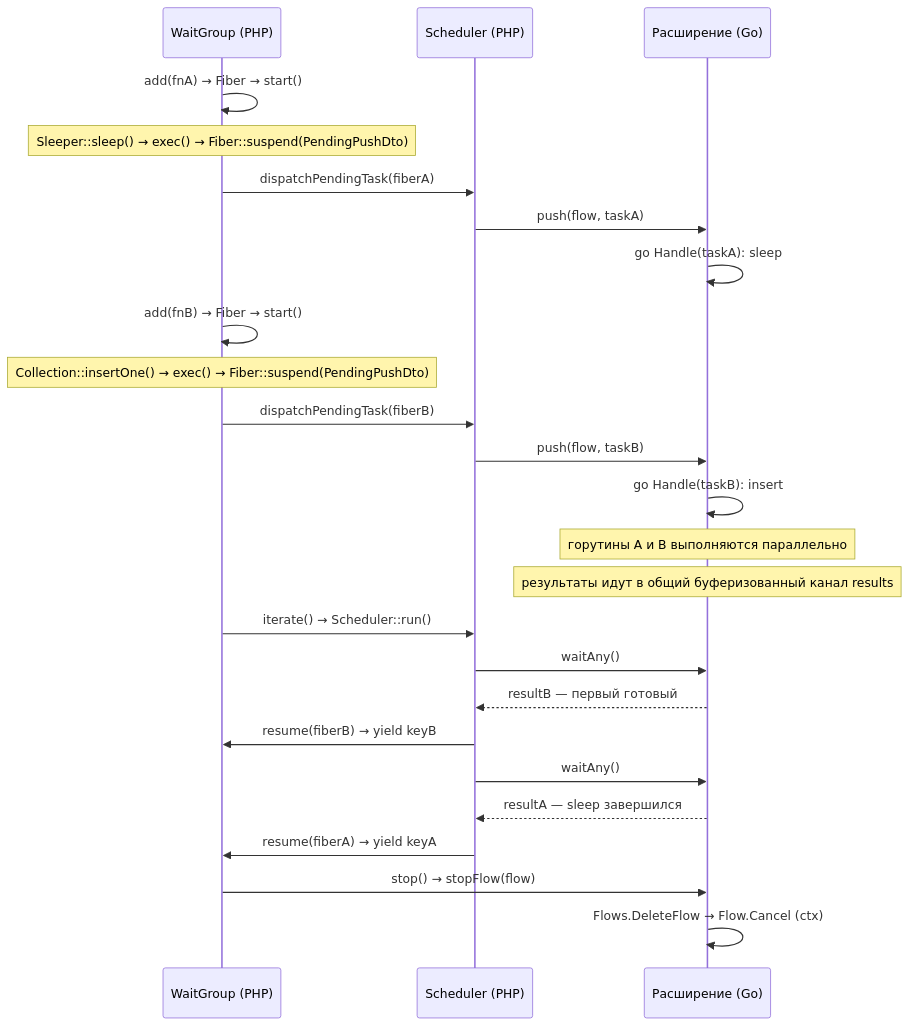
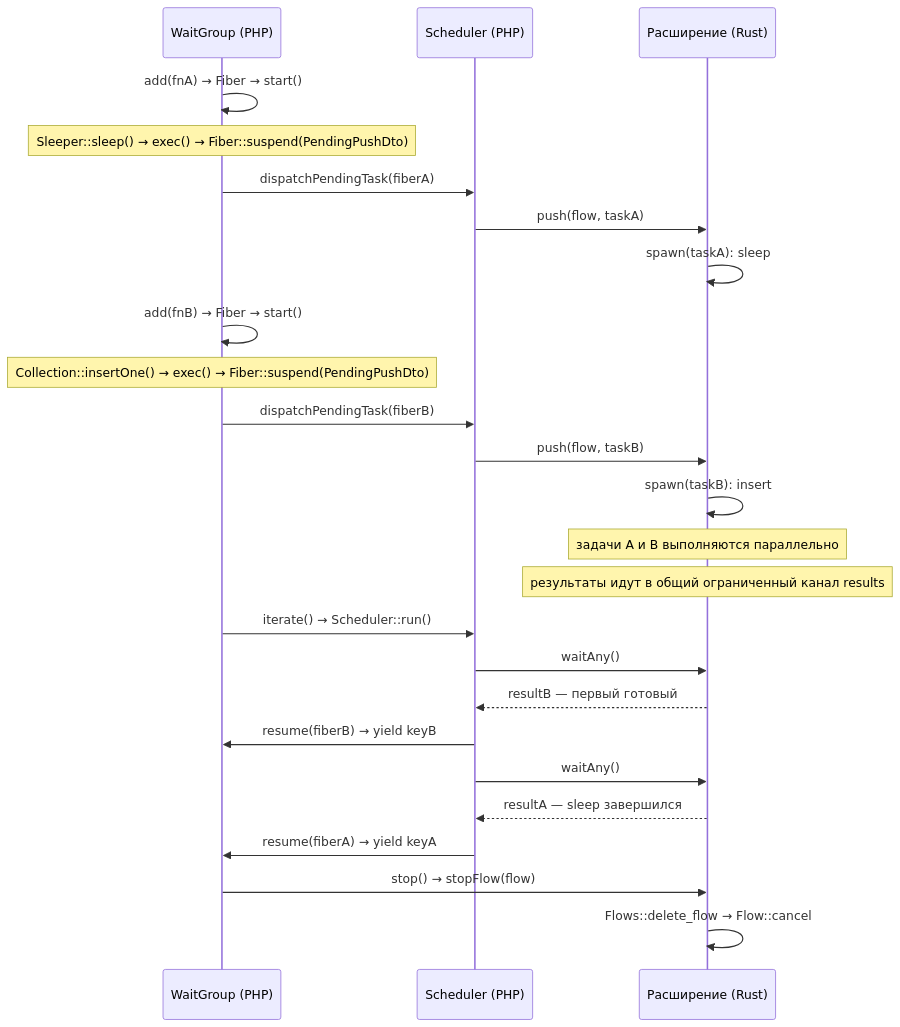
The first of 2 diagrams in docs/architecture.ru.md (sprust/sconcur), drawn with Mermaid before and after one commit. The commit also changed other lines of this file and 46 other files, not shown here.

````diff
--- a/docs/architecture.ru.md
+++ b/docs/architecture.ru.md
@@ -49,31 +49,31 @@
 ```mermaid
 sequenceDiagram
     participant WG as WaitGroup (PHP)
     participant S as Scheduler (PHP)
-    participant Go as Расширение (Go)
+    participant EXT as Расширение (Rust)
 
     WG->>WG: add(fnA) → Fiber → start()
     Note over WG: Sleeper::sleep() → exec() → Fiber::suspend(PendingPushDto)
     WG->>S: dispatchPendingTask(fiberA)
-    S->>Go: push(flow, taskA)
-    Go->>Go: go Handle(taskA): sleep
+    S->>EXT: push(flow, taskA)
+    EXT->>EXT: spawn(taskA): sleep
 
     WG->>WG: add(fnB) → Fiber → start()
     Note over WG: Collection::insertOne() → exec() → Fiber::suspend(PendingPushDto)
     WG->>S: dispatchPendingTask(fiberB)
-    S->>Go: push(flow, taskB)
-    Go->>Go: go Handle(taskB): insert
-    Note over Go: горутины A и B выполняются параллельно
-    Note over Go: результаты идут в общий буферизованный канал results
+    S->>EXT: push(flow, taskB)
+    EXT->>EXT: spawn(taskB): insert
+    Note over EXT: задачи A и B выполняются параллельно
+    Note over EXT: результаты идут в общий ограниченный канал results
 
     WG->>S: iterate() → Scheduler::run()
-    S->>Go: waitAny()
-    Go-->>S: resultB — первый готовый
+    S->>EXT: waitAny()
+    EXT-->>S: resultB — первый готовый
     S->>WG: resume(fiberB) → yield keyB
-    S->>Go: waitAny()
-    Go-->>S: resultA — sleep завершился
+    S->>EXT: waitAny()
+    EXT-->>S: resultA — sleep завершился
     S->>WG: resume(fiberA) → yield keyA
 
-    WG->>Go: stop() → stopFlow(flow)
-    Go->>Go: Flows.DeleteFlow → Flow.Cancel (ctx)
+    WG->>EXT: stop() → stopFlow(flow)
+    EXT->>EXT: Flows::delete_flow → Flow::cancel
 ```
````
